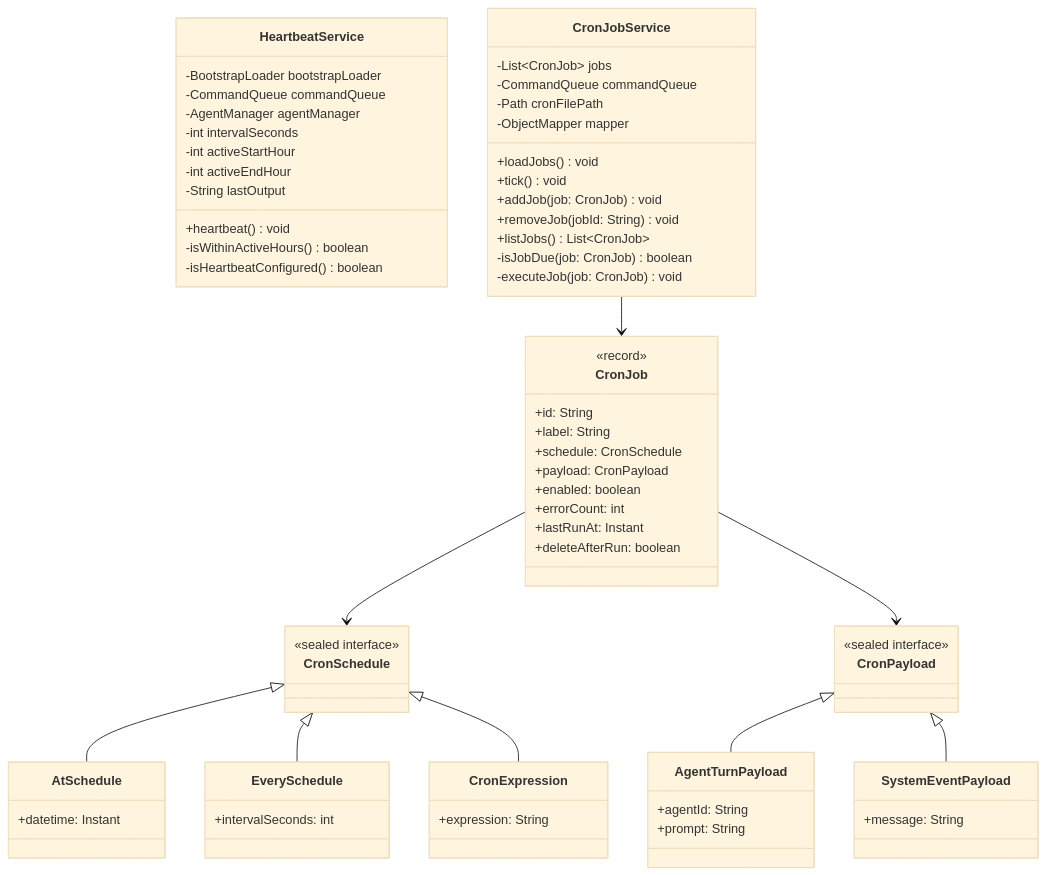
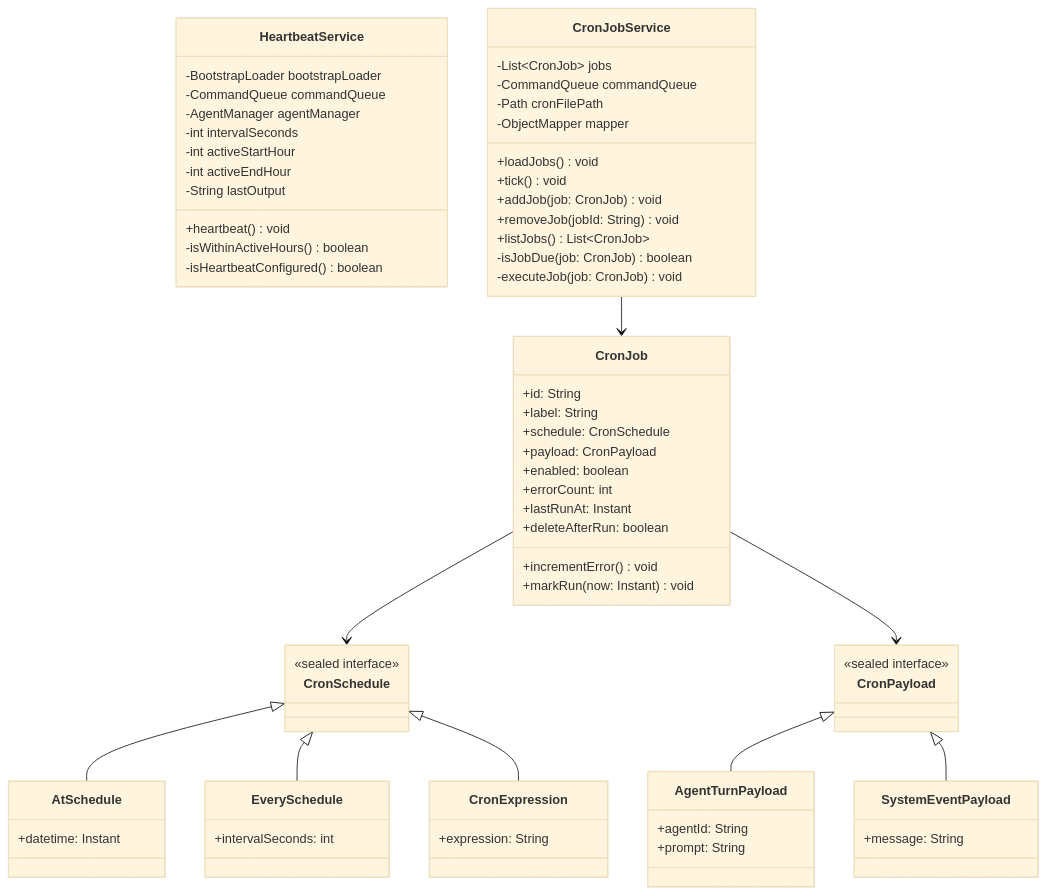
Before and after one commit to XianReallyHot-ZZH/OpenClaw-ZeroToOne: diagram 13 of 20 in specs/enterprise-claw0/01-module-design.md, drawn with Mermaid (base theme). The commit also changed other lines of this file and 4 other files, not shown here.

````diff
--- a/specs/enterprise-claw0/01-module-design.md
+++ b/specs/enterprise-claw0/01-module-design.md
@@ -805,79 +822,80 @@
 ```mermaid
 classDiagram
     class HeartbeatService {
         -BootstrapLoader bootstrapLoader
         -CommandQueue commandQueue
         -AgentManager agentManager
         -int intervalSeconds
         -int activeStartHour
         -int activeEndHour
         -String lastOutput
         +heartbeat() void
         -isWithinActiveHours() boolean
         -isHeartbeatConfigured() boolean
     }
 
     class CronJobService {
         -List~CronJob~ jobs
         -CommandQueue commandQueue
         -Path cronFilePath
         -ObjectMapper mapper
         +loadJobs() void
         +tick() void
         +addJob(job: CronJob) void
         +removeJob(jobId: String) void
         +listJobs() List~CronJob~
         -isJobDue(job: CronJob) boolean
         -executeJob(job: CronJob) void
     }
 
     class CronJob {
-        <<record>>
         +id: String
         +label: String
         +schedule: CronSchedule
         +payload: CronPayload
         +enabled: boolean
         +errorCount: int
         +lastRunAt: Instant
         +deleteAfterRun: boolean
+        +incrementError() void
+        +markRun(now: Instant) void
     }
 
     class CronSchedule {
         <<sealed interface>>
     }
 
     class AtSchedule {
         +datetime: Instant
     }
 
     class EverySchedule {
         +intervalSeconds: int
     }
 
     class CronExpression {
         +expression: String
     }
 
     class CronPayload {
         <<sealed interface>>
     }
 
     class AgentTurnPayload {
         +agentId: String
         +prompt: String
     }
 
     class SystemEventPayload {
         +message: String
     }
 
     CronSchedule <|-- AtSchedule
     CronSchedule <|-- EverySchedule
     CronSchedule <|-- CronExpression
     CronPayload <|-- AgentTurnPayload
     CronPayload <|-- SystemEventPayload
     CronJobService --> CronJob
     CronJob --> CronSchedule
     CronJob --> CronPayload
 ```
````
